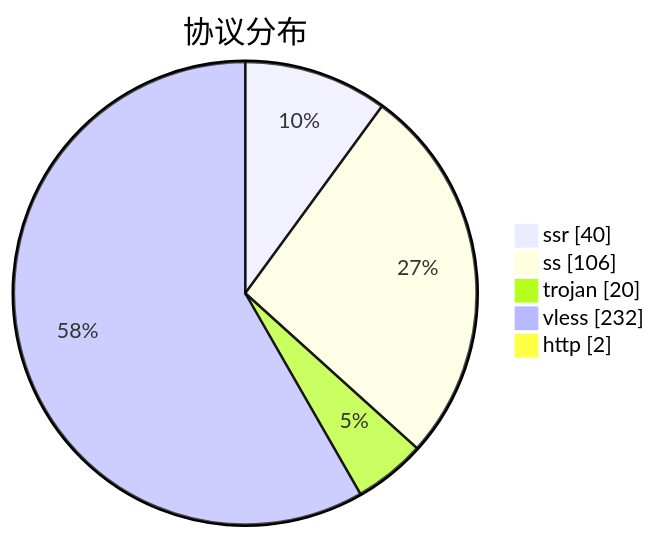
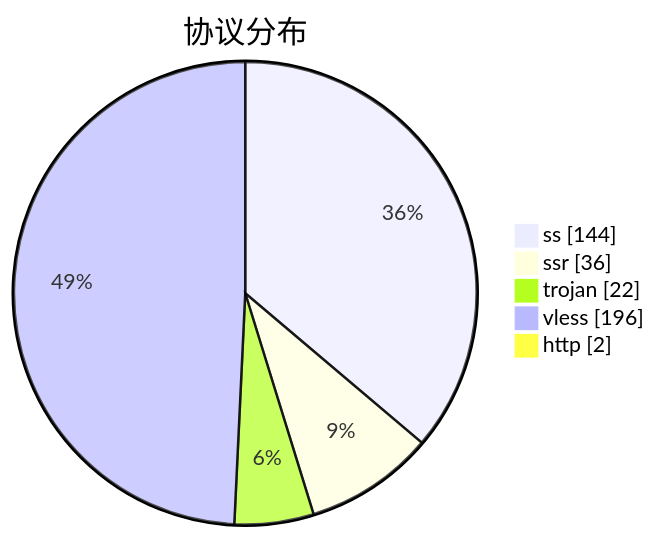
One commit to qjlxg/airport changed the third of 3 diagrams in subs/statistics/tested_within.md. Above: the diagram before and after it, drawn with Mermaid. The commit also changed other lines of this file and 2 other files, not shown here.

````diff
--- a/subs/statistics/tested_within.md
+++ b/subs/statistics/tested_within.md
@@ -18,9 +18,9 @@
 ```mermaid
 pie showData
 title 协议分布
-"ssr" : 40
-"ss" : 106
-"trojan" : 20
-"vless" : 232
+"ss" : 144
+"ssr" : 36
+"trojan" : 22
+"vless" : 196
 "http" : 2
 ```
````
